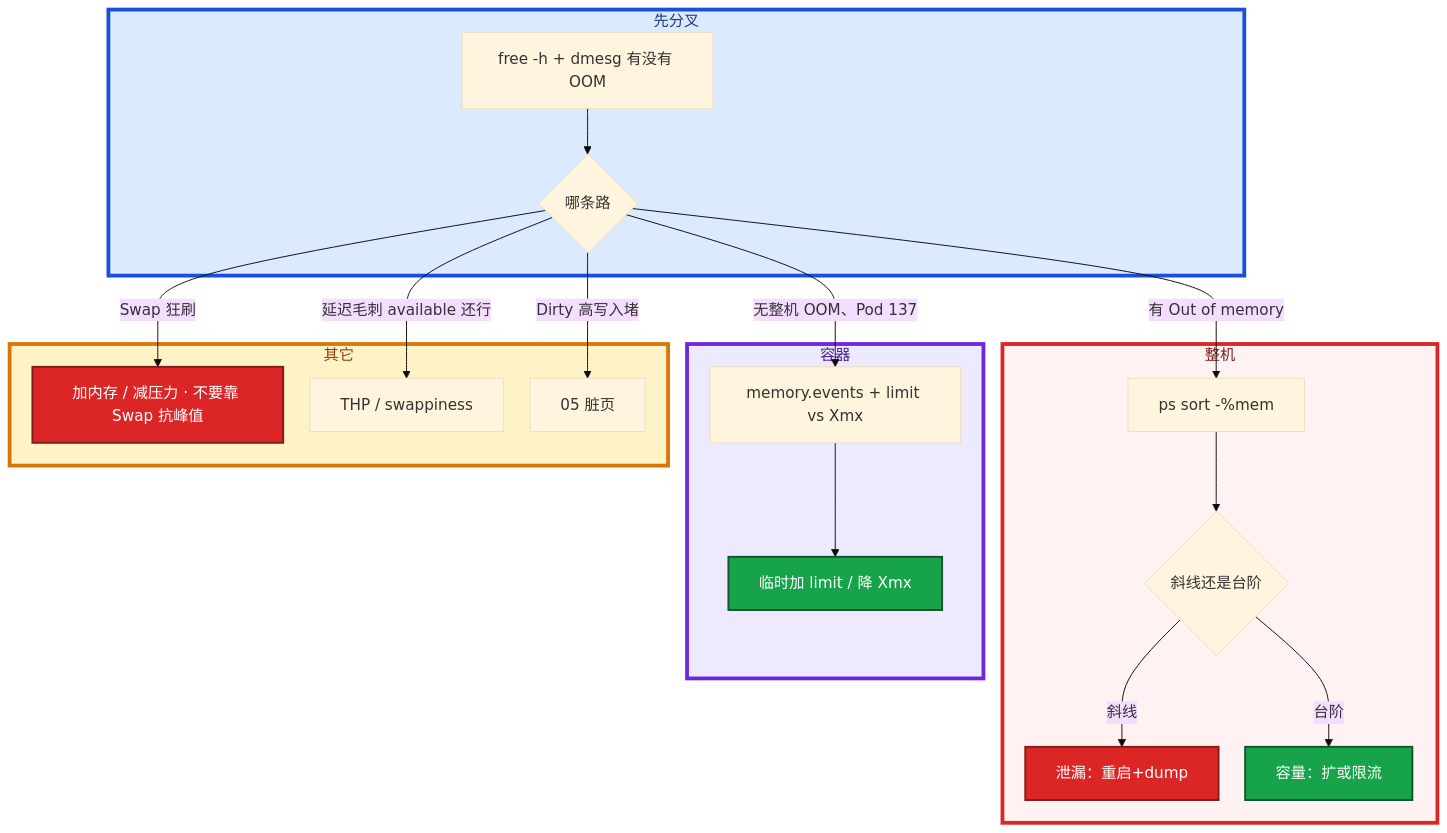
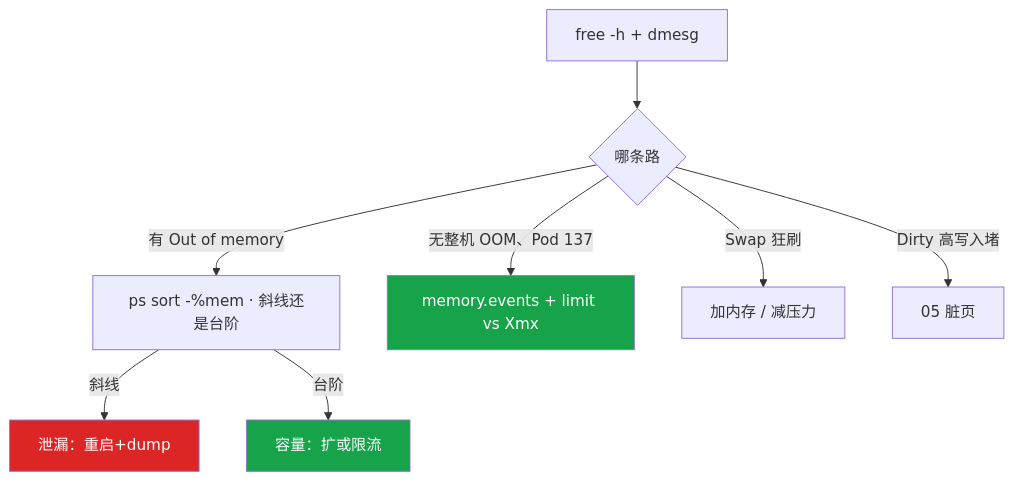
One commit to ml-cuizijun/LearnToLilith changed the fifth of 5 diagrams in 02-基础底座/04-内存与OOM/知识点.md. Above: the diagram before and after it, drawn with Mermaid. The commit also changed other lines of this file and 213 other files, not shown here.

````diff
--- a/02-基础底座/04-内存与OOM/知识点.md
+++ b/02-基础底座/04-内存与OOM/知识点.md
@@ -358,35 +315,15 @@
 ```mermaid
-%%{init: {"flowchart": {"padding": 16, "nodeSpacing": 28, "rankSpacing": 48}, "theme": "base"}}%%
 flowchart TB
-    subgraph gate ["先分叉"]
-        A[free -h + dmesg 有没有 OOM] --> B{哪条路}
-    end
+    A[free -h + dmesg] --> B{哪条路}
+    B -->|有 Out of memory| C[ps sort -%mem · 斜线还是台阶]
+    C -->|斜线| D[泄漏：重启+dump]
+    C -->|台阶| E[容量：扩或限流]
+    B -->|无整机 OOM、Pod 137| F[memory.events + limit vs Xmx]
+    B -->|Swap 狂刷| G[加内存 / 减压力]
+    B -->|Dirty 高写入堵| H["05 脏页"]
 
-    subgraph host ["整机"]
-        B -->|有 Out of memory| C[ps sort -%mem]
-        C --> D{斜线还是台阶}
-        D -->|斜线| E[泄漏：重启+dump]
-        D -->|台阶| F[容量：扩或限流]
-    end
-
-    subgraph cg ["容器"]
-        B -->|无整机 OOM、Pod 137| G[memory.events + limit vs Xmx]
-        G --> H[临时加 limit / 降 Xmx]
-    end
-
-    subgraph other ["其它"]
-        B -->|Swap 狂刷| I[加内存 / 减压力 · 不要靠 Swap 抗峰值]
-        B -->|延迟毛刺 available 还行| J[THP / swappiness]
-        B -->|Dirty 高写入堵| K["05 脏页"]
-    end
-
-    classDef bad fill:#DC2626,stroke:#7F1D1D,stroke-width:2px,color:#fff
-    classDef ok fill:#16A34A,stroke:#14532D,stroke-width:2px,color:#fff
-    class E,I bad
-    class F,H ok
-
-    style gate fill:#DBEAFE,stroke:#1D4ED8,stroke-width:4px,color:#1E3A8A
-    style host fill:#FEF2F2,stroke:#DC2626,stroke-width:4px,color:#7F1D1D
-    style cg fill:#EDE9FE,stroke:#6D28D9,stroke-width:4px,color:#4C1D95
-    style other fill:#FEF3C7,stroke:#D97706,stroke-width:4px,color:#92400E
+    classDef bad fill:#DC2626,color:#fff
+    classDef ok fill:#16A34A,color:#fff
+    class D bad
+    class E,F ok
 ```
````
